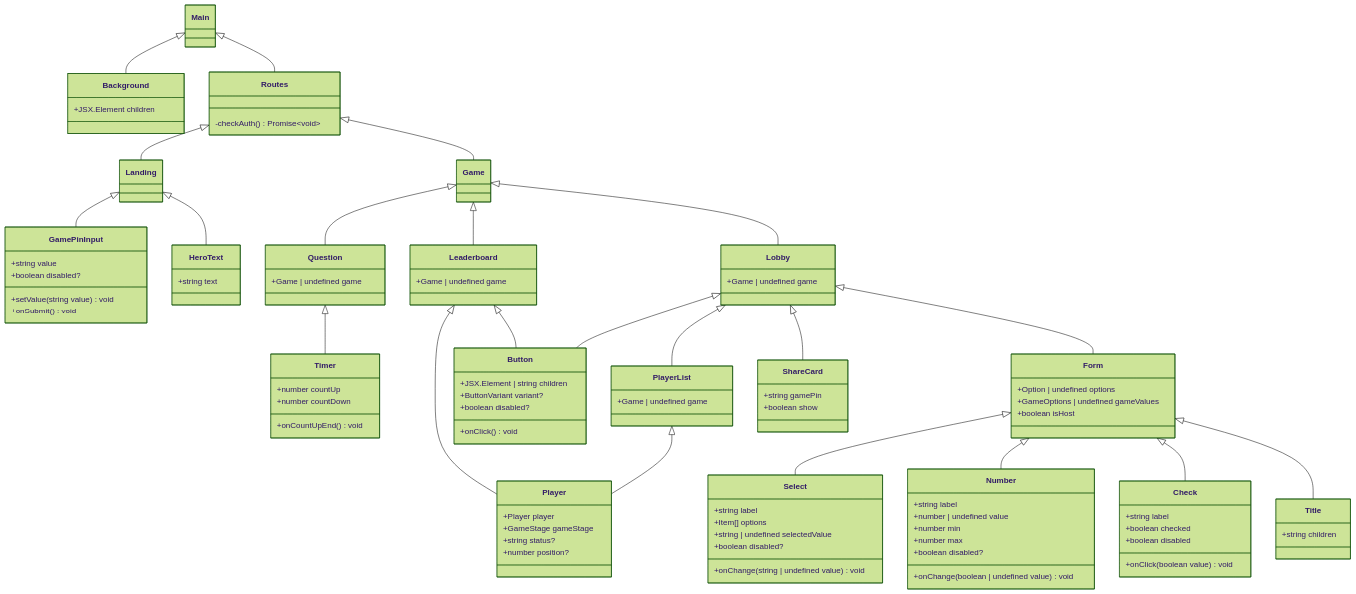
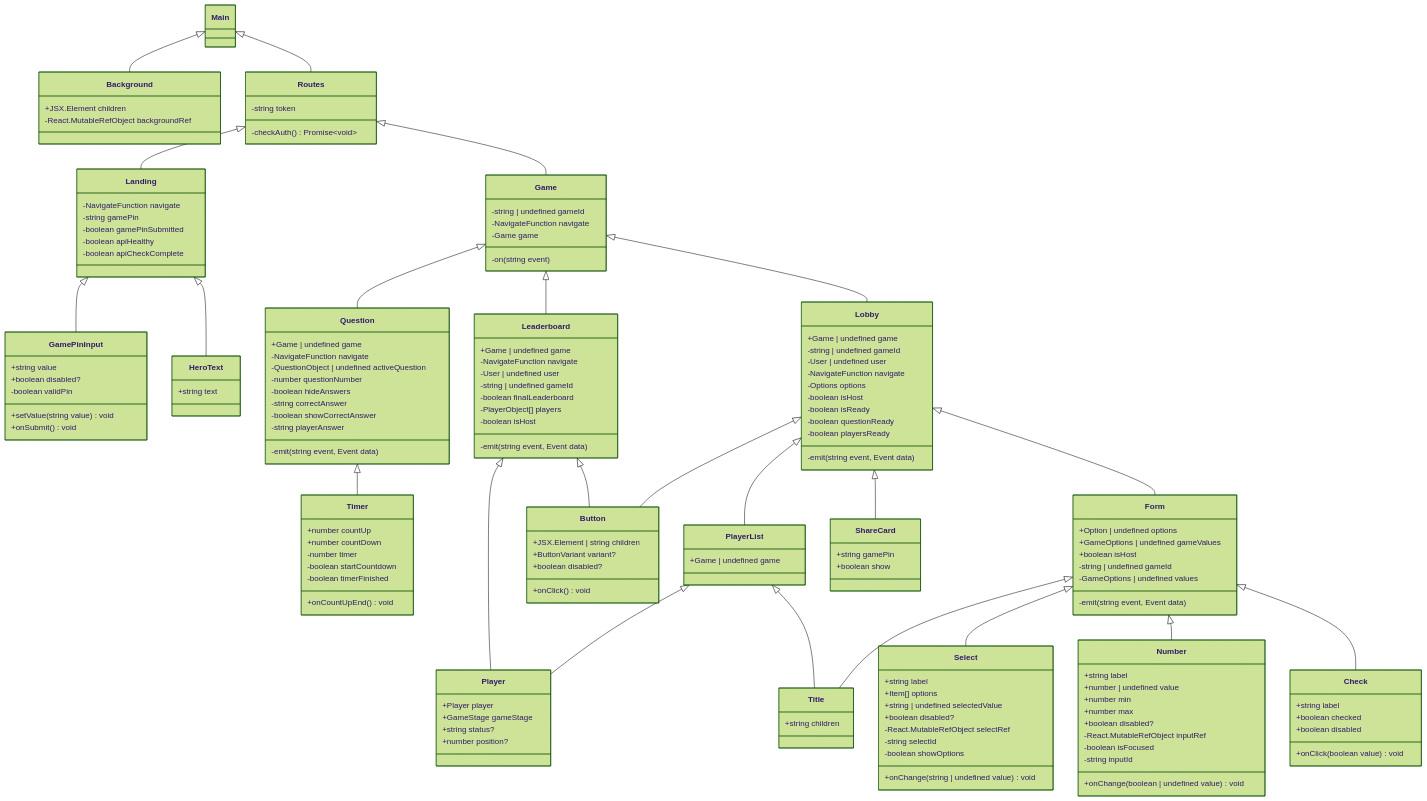
The diagram in docs/CLIENT_CLASS_DIAGRAM.md (svantejonssonITHS/Testing-och-TypeScript-Laboration-1), drawn with Mermaid (forest theme) before and after one commit.

Commit message:
update client class diagram

```diff
--- a/docs/CLIENT_CLASS_DIAGRAM.md
+++ b/docs/CLIENT_CLASS_DIAGRAM.md
@@ -8,7 +8,9 @@
 
 class Routes {
 -checkAuth() Promise~void~
+-string token
 }
+
 
 Main <|-- Background
 Main <|-- Routes
@@ -18,31 +20,39 @@
 
 %% General components
 class Background {
-+JSX.Element children
+    +JSX.Element children
+    -React.MutableRefObject backgroundRef
 }
 
 class Button {
-+JSX.Element | string children
-+onClick() void
-+ButtonVariant variant?
-+boolean disabled?
+    +JSX.Element | string children
+    +onClick() void
+    +ButtonVariant variant?
+    +boolean disabled?
 }
 
 class Player {
-+Player player
-+GameStage gameStage
-+string status?
-+number position?
+    +Player player
+    +GameStage gameStage
+    +string status?
+    +number position?
 }
 
 %% Landing route + components + relations
-class Landing
+class Landing {
+    -NavigateFunction navigate
+    -string gamePin
+    -boolean gamePinSubmitted
+    -boolean apiHealthy
+    -boolean apiCheckComplete
+}
 
 class GamePinInput {
 +string value
 +setValue(string value) void
 +boolean disabled?
 +onSubmit() void
+-boolean validPin
 }
 
 class HeroText {
@@ -53,54 +63,77 @@
 Landing <|-- HeroText
 
 %% Game routes
-class Game
+class Game {
+    -string | undefined gameId
+    -NavigateFunction navigate
+    -on(string event)
+    -Game game
+}
 
 %% Lobby route + components + relations
 class Lobby {
-+Game | undefined game
+    +Game | undefined game
+    -string | undefined gameId
+    -User | undefined user
+    -emit(string event, Event data)
+    -NavigateFunction navigate
+    -Options options
+    -boolean isHost
+    -boolean isReady
+    -boolean questionReady
+    -boolean playersReady
 }
 
 class Form {
-+Option | undefined options
-+GameOptions | undefined gameValues
-+boolean isHost
+    +Option | undefined options
+    +GameOptions | undefined gameValues
+    +boolean isHost
+    -string | undefined gameId
+    -emit(string event, Event data)
+    -GameOptions | undefined values
 }
 
 class Check {
-+string label
-+boolean checked
-+boolean disabled
-+onClick(boolean value) void
+    +string label
+    +boolean checked
+    +boolean disabled
+    +onClick(boolean value) void
 }
 
 class Number {
-+string label
-+number | undefined value
-+number min
-+number max
-+boolean disabled?
-+onChange(boolean | undefined value) void
+    +string label
+    +number | undefined value
+    +number min
+    +number max
+    +boolean disabled?
+    +onChange(boolean | undefined value) void
+    -React.MutableRefObject inputRef
+    -boolean isFocused
+    -string inputId
 }
 
 class Select {
-+string label
-+Item[] options
-+string | undefined selectedValue
-+boolean disabled?
-+onChange(string | undefined value) void
+    +string label
+    +Item[] options
+    +string | undefined selectedValue
+    +boolean disabled?
+    +onChange(string | undefined value) void
+    -React.MutableRefObject selectRef
+    -string selectId
+    -boolean showOptions
 }
 
 class PlayerList {
-+Game | undefined game
+    +Game | undefined game
 }
 
 class ShareCard {
-+string gamePin
-+boolean show
+    +string gamePin
+    +boolean show
 }
 
 class Title {
-+string children
+    +string children
 }
 
 Lobby <|-- Button
@@ -109,16 +142,26 @@
 Lobby <|-- ShareCard
 Lobby <|-- Form
 
+PlayerList <|-- Player
+PlayerList <|-- Title
+
+Form <|-- Title
 Form <|-- Select
 Form <|-- Number
 Form <|-- Check
-Form <|-- Title
 
-PlayerList <|-- Player
+
 
 %% Leaderboard route + relations
 class Leaderboard {
-+Game | undefined game
+    +Game | undefined game
+    -NavigateFunction navigate
+    -User | undefined user
+    -emit(string event, Event data)
+    -string | undefined gameId
+    -boolean finalLeaderboard
+    -PlayerObject[] players
+    -boolean isHost
 }
 
 Leaderboard <|-- Player
@@ -126,13 +169,24 @@
 
 %% Question route + components + relations
 class Question {
-+Game | undefined game
+    +Game | undefined game
+    -NavigateFunction navigate
+    -QuestionObject | undefined activeQuestion
+    -number questionNumber
+    -boolean hideAnswers
+    -string correctAnswer
+    -boolean showCorrectAnswer
+    -string playerAnswer
+    -emit(string event, Event data)
 }
 
 class Timer {
-+number countUp
-+number countDown
-+onCountUpEnd() void
+    +number countUp
+    +number countDown
+    +onCountUpEnd() void
+    -number timer
+    -boolean startCountdown
+    -boolean timerFinished
 }
 
 Question <|-- Timer
```
